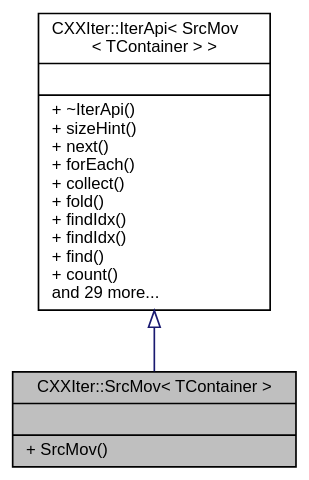
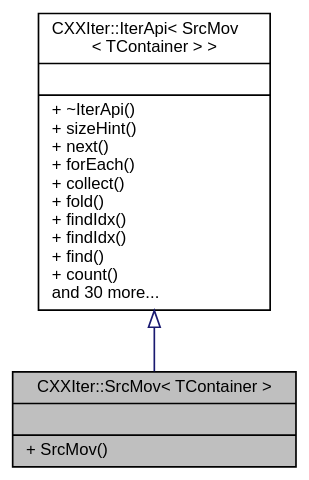
The diagram in classCXXIter_1_1SrcMov__inherit__graph.dot (seijikun/CXXIter), drawn with Graphviz before and after one commit. The commit also changed 25 other files, not shown here.

```diff
--- a/classCXXIter_1_1SrcMov__inherit__graph.dot
+++ b/classCXXIter_1_1SrcMov__inherit__graph.dot
@@ -1,11 +1,11 @@
 digraph "CXXIter::SrcMov&lt; TContainer &gt;"
 {
  // INTERACTIVE_SVG=YES
  // LATEX_PDF_SIZE
   bgcolor="transparent";
   edge [fontname="Helvetica",fontsize="10",labelfontname="Helvetica",labelfontsize="10"];
   node [fontname="Helvetica",fontsize="10",shape=record];
   Node1 [label="{CXXIter::SrcMov\< TContainer \>\n||+ SrcMov()\l}",height=0.2,width=0.4,color="black", fillcolor="grey75", style="filled", fontcolor="black",tooltip="CXXIter iterator source that takes over the input item source, and moves its items through the elemen..."];
   Node2 -> Node1 [dir="back",color="midnightblue",fontsize="10",style="solid",arrowtail="onormal",fontname="Helvetica"];
-  Node2 [label="{CXXIter::IterApi\< SrcMov\l\< TContainer \> \>\n||+ ~IterApi()\l+ sizeHint()\l+ next()\l+ forEach()\l+ collect()\l+ fold()\l+ findIdx()\l+ findIdx()\l+ find()\l+ count()\land 29 more...\l}",height=0.2,width=0.4,color="black",URL="$classCXXIter_1_1IterApi.html",tooltip=" "];
+  Node2 [label="{CXXIter::IterApi\< SrcMov\l\< TContainer \> \>\n||+ ~IterApi()\l+ sizeHint()\l+ next()\l+ forEach()\l+ collect()\l+ fold()\l+ findIdx()\l+ findIdx()\l+ find()\l+ count()\land 30 more...\l}",height=0.2,width=0.4,color="black",URL="$classCXXIter_1_1IterApi.html",tooltip=" "];
 }
```
